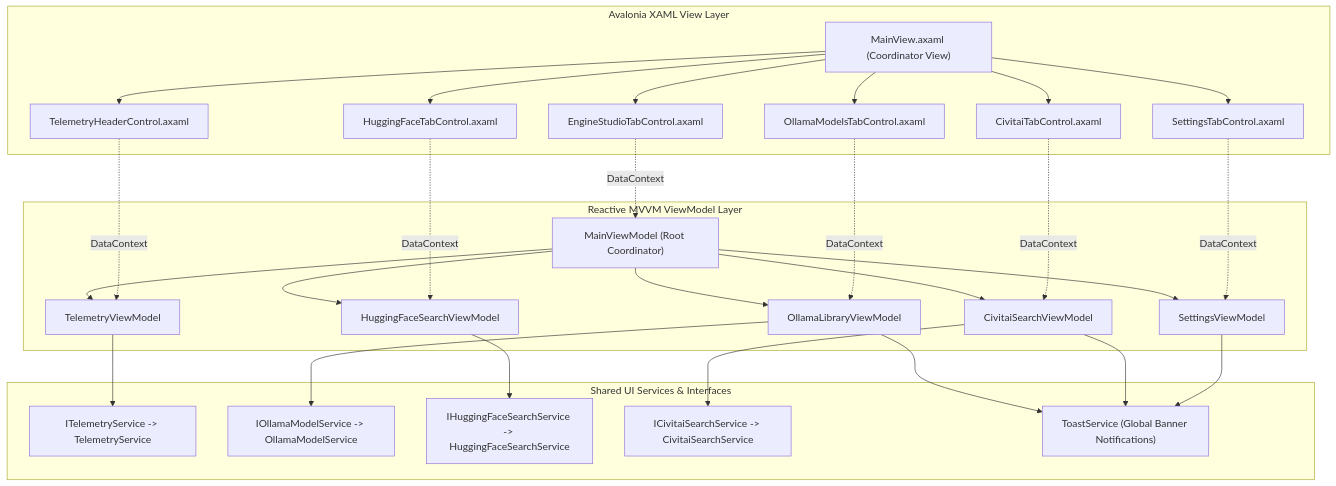
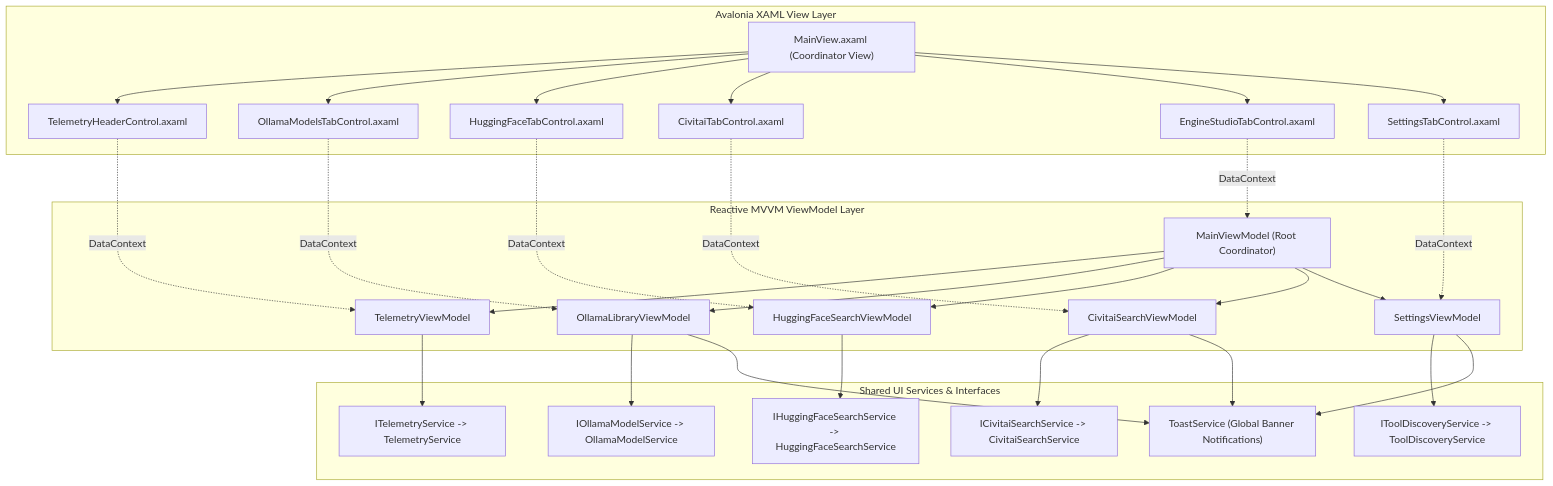
Before and after one commit to spelech/LocalLLMServerManager: the second of 3 diagrams in docs/ARCHITECTURE.md, drawn with Mermaid. The commit also changed other lines of this file and 3 other files, not shown here.

````diff
--- a/docs/ARCHITECTURE.md
+++ b/docs/ARCHITECTURE.md
@@ -88,57 +101,59 @@
 ```mermaid
 graph TD
     subgraph Views["Avalonia XAML View Layer"]
         MV["MainView.axaml (Coordinator View)"]
         THC["TelemetryHeaderControl.axaml"]
         OMC["OllamaModelsTabControl.axaml"]
         HFC["HuggingFaceTabControl.axaml"]
         CTC["CivitaiTabControl.axaml"]
         ESC["EngineStudioTabControl.axaml"]
         STC["SettingsTabControl.axaml"]
     end
 
     subgraph ViewModels["Reactive MVVM ViewModel Layer"]
         MVM["MainViewModel (Root Coordinator)"]
         TVM["TelemetryViewModel"]
         OVM["OllamaLibraryViewModel"]
         HVM["HuggingFaceSearchViewModel"]
         CVM["CivitaiSearchViewModel"]
         SVM["SettingsViewModel"]
     end
 
     subgraph SharedServices["Shared UI Services & Interfaces"]
         ITS["ITelemetryService -> TelemetryService"]
         IOS["IOllamaModelService -> OllamaModelService"]
         IHS["IHuggingFaceSearchService -> HuggingFaceSearchService"]
         ICS["ICivitaiSearchService -> CivitaiSearchService"]
+        IDS["IToolDiscoveryService -> ToolDiscoveryService"]
         TS["ToastService (Global Banner Notifications)"]
     end
 
     MV --> THC
     MV --> OMC
     MV --> HFC
     MV --> CTC
     MV --> ESC
     MV --> STC
 
     MVM --> TVM
     MVM --> OVM
     MVM --> HVM
     MVM --> CVM
     MVM --> SVM
 
     THC -.->|DataContext| TVM
     OMC -.->|DataContext| OVM
     HFC -.->|DataContext| HVM
     CTC -.->|DataContext| CVM
     ESC -.->|DataContext| MVM
     STC -.->|DataContext| SVM
 
     TVM --> ITS
     OVM --> IOS
     HVM --> IHS
     CVM --> ICS
+    SVM --> IDS
     OVM --> TS
     CVM --> TS
     SVM --> TS
 ```
````
